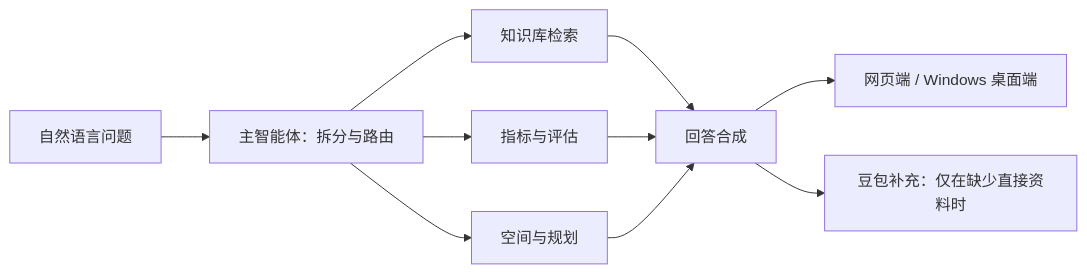
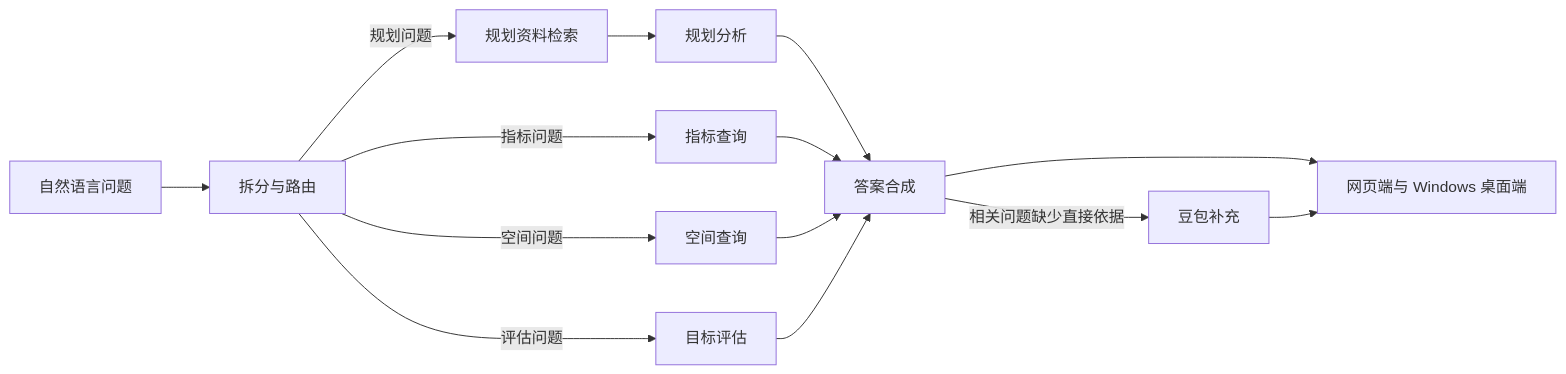
The diagram in README.md (serendipitylin0731/3820_agent), drawn with Mermaid before and after one commit. The commit also changed other lines of this file and 25 other files, not shown here.

````diff
--- a/README.md
+++ b/README.md
@@ -59,12 +59,16 @@
 ```mermaid
-flowchart LR
-    Q[自然语言问题] --> R[主智能体：拆分与路由]
-    R --> K[知识库检索]
-    R --> I[指标与评估]
-    R --> S[空间与规划]
-    K --> A[回答合成]
-    I --> A
-    S --> A
-    A --> W[网页端 / Windows 桌面端]
-    A --> D[豆包补充：仅在缺少直接资料时]
+flowchart LR;
+    Q["自然语言问题"] --> R["拆分与路由"];
+    R -->|规划问题| K["规划资料检索"];
+    K --> P["规划分析"];
+    R -->|指标问题| I["指标查询"];
+    R -->|空间问题| S["空间查询"];
+    R -->|评估问题| E["目标评估"];
+    P --> A["答案合成"];
+    I --> A;
+    S --> A;
+    E --> A;
+    A --> W["网页端与 Windows 桌面端"];
+    A -->|相关问题缺少直接依据| D["豆包补充"];
+    D --> W;
 ```
````
